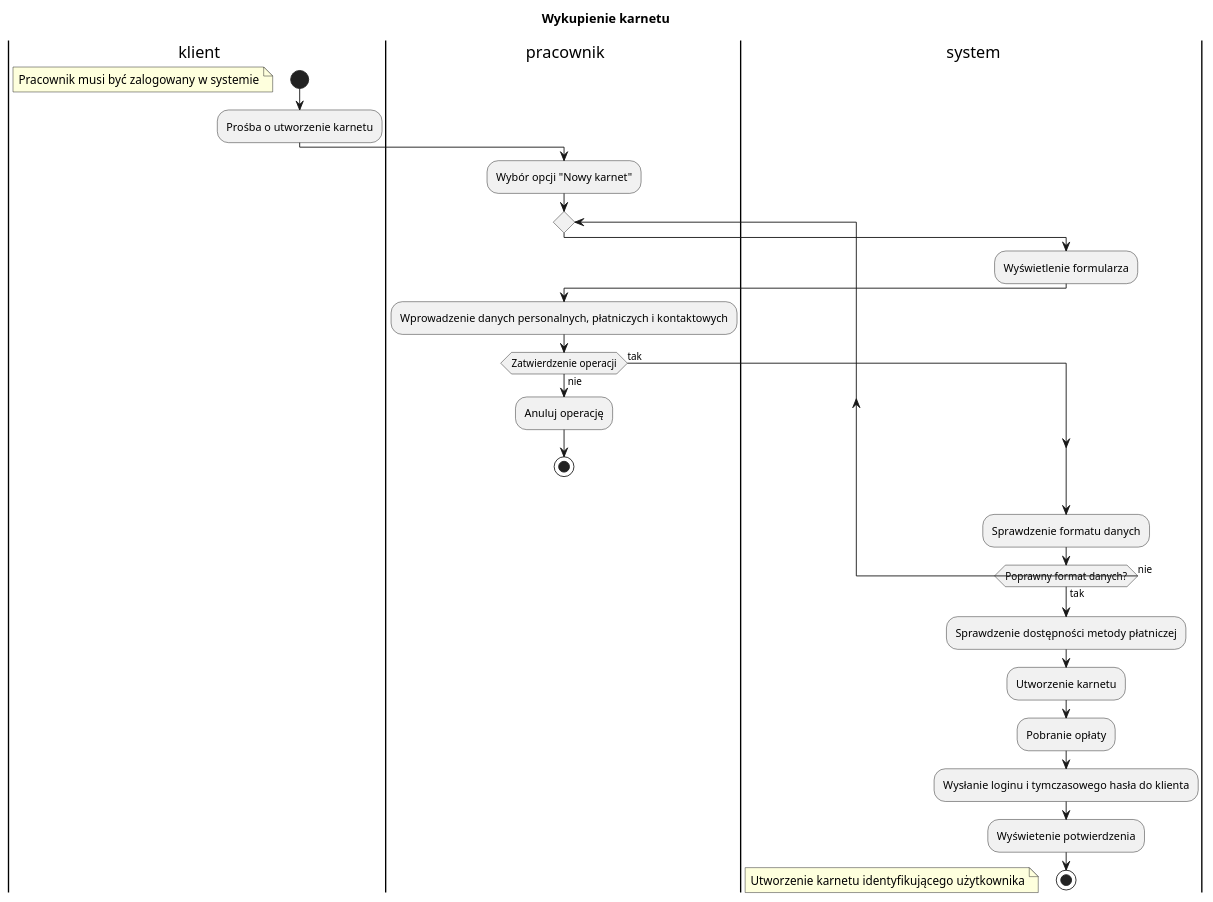
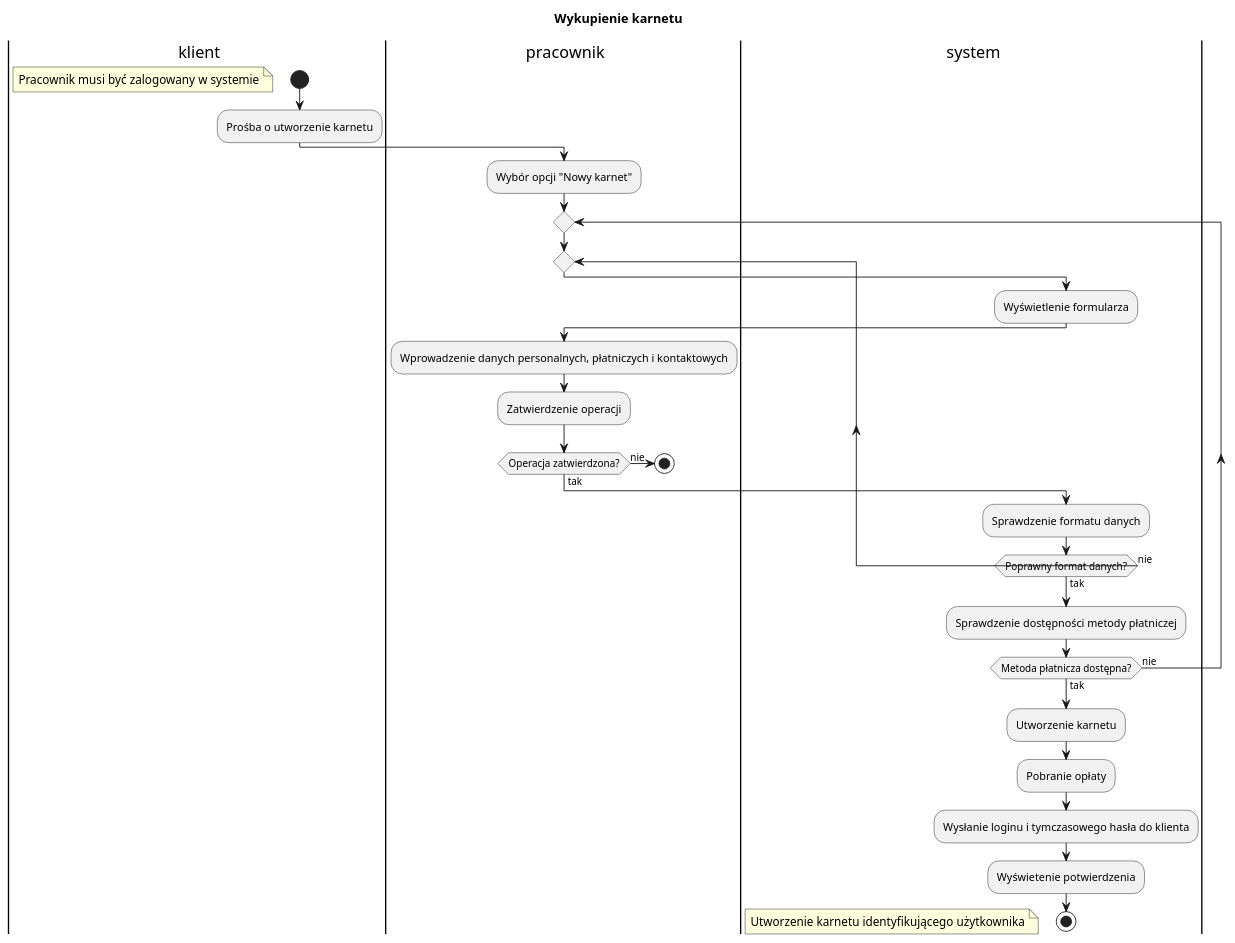
The diagram in src/activity_diagrams/filip/wykupienie_karnetu.puml (filip-stepien/software-engineering-lab), drawn with PlantUML before and after one commit. The commit also changed 6 other files, not shown here.

Commit message:
finish activity diagrams

```diff
--- a/src/activity_diagrams/filip/wykupienie_karnetu.puml
+++ b/src/activity_diagrams/filip/wykupienie_karnetu.puml
@@ -1,42 +1,44 @@
 @startuml "Wykupienie karnetu"
 title "Wykupienie karnetu"
 
 |k| klient
 |p| pracownik
 |s| system
 
 |k|
 start
 floating note left: Pracownik musi być zalogowany w systemie
 :Prośba o utworzenie karnetu;
 
 |p|
 :Wybór opcji "Nowy karnet";
+
 repeat
+repeat
+
 |s|
 :Wyświetlenie formularza;
 
 |p|
 :Wprowadzenie danych personalnych, płatniczych i kontaktowych;
+:Zatwierdzenie operacji;
 
-if (Zatwierdzenie operacji) then (tak)
+if (Operacja zatwierdzona?) then (tak)
 else (nie)
-|p|
-:Anuluj operację;
 stop
 endif
 
 |s|
 :Sprawdzenie formatu danych;
 repeat while (Poprawny format danych?) is (nie) not (tak)
 :Sprawdzenie dostępności metody płatniczej;
+repeat while (Metoda płatnicza dostępna?) is (nie) not (tak)
 :Utworzenie karnetu;
 :Pobranie opłaty;
 :Wysłanie loginu i tymczasowego hasła do klienta;
 :Wyświetenie potwierdzenia;
 
-
 stop
 floating note left: Utworzenie karnetu identyfikującego użytkownika
 
 @enduml
```
